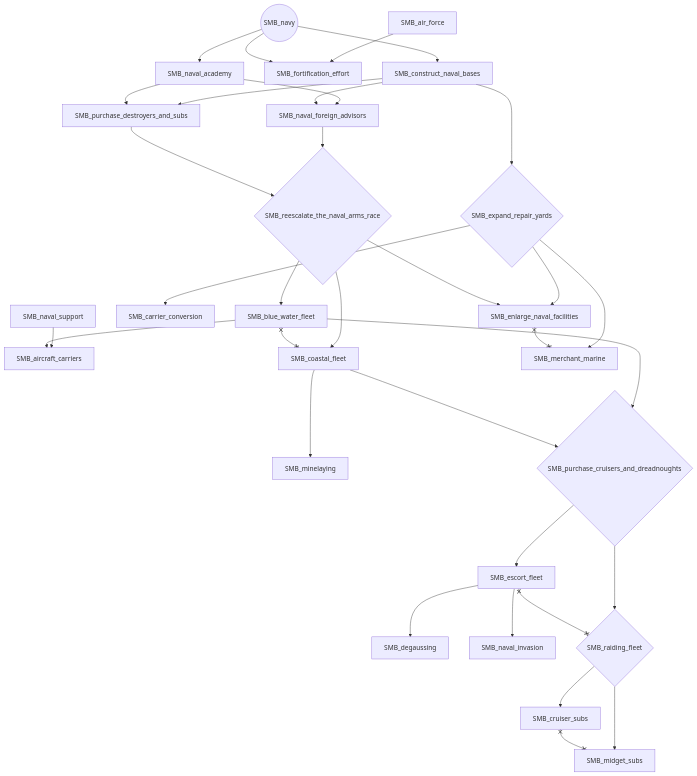
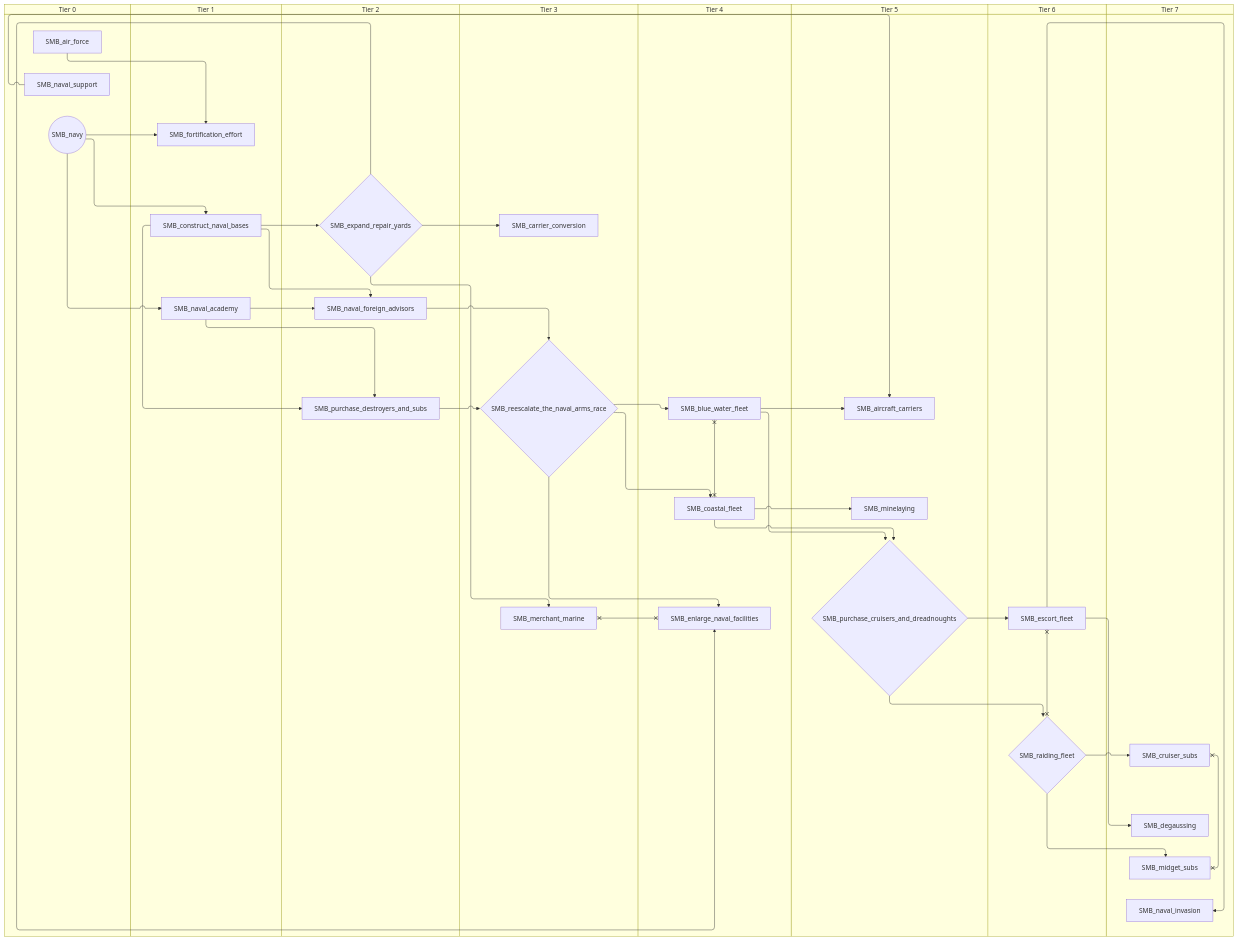
One commit to evgeny-sobol/hoi4-sandbox-mode-r56 changed the third of 3 diagrams in docs/gdd/National Focuses/r56/toa_shared_military_branch.md. Above: the diagram before and after it, drawn with Mermaid. The commit also changed other lines of this file and 423 other files, not shown here.

First line of the commit message:
Re-export Rt56 focus trees as swimlane diagrams

````diff
--- a/docs/gdd/National Focuses/r56/toa_shared_military_branch.md
+++ b/docs/gdd/National Focuses/r56/toa_shared_military_branch.md
@@ -191,59 +225,75 @@
 ```mermaid
-flowchart TD
-    n4["SMB_air_force"]
-    n7["SMB_aircraft_carriers"]
-    n11["SMB_blue_water_fleet"]
-    n59["SMB_carrier_conversion"]
-    n60["SMB_coastal_fleet"]
-    n61["SMB_construct_naval_bases"]
-    n62["SMB_cruiser_subs"]
-    n63["SMB_degaussing"]
-    n64["SMB_enlarge_naval_facilities"]
-    n65["SMB_escort_fleet"]
-    n66{"SMB_expand_repair_yards"}
-    n17["SMB_fortification_effort"]
-    n67["SMB_merchant_marine"]
-    n68["SMB_midget_subs"]
-    n69["SMB_minelaying"]
-    n70["SMB_naval_academy"]
-    n71["SMB_naval_foreign_advisors"]
-    n72["SMB_naval_invasion"]
-    n20["SMB_naval_support"]
-    n21(("SMB_navy"))
-    n73{"SMB_purchase_cruisers_and_dreadnoughts"}
-    n74["SMB_purchase_destroyers_and_subs"]
-    n75{"SMB_raiding_fleet"}
-    n76{"SMB_reescalate_the_naval_arms_race"}
-    n20 --> n7
-    n11 --> n7
-    n76 --> n11
-    n66 --> n59
-    n76 --> n60
-    n21 --> n61
-    n75 --> n62
-    n65 --> n63
-    n66 --> n64
-    n76 --> n64
-    n73 --> n65
-    n61 --> n66
-    n4 --> n17
-    n21 --> n17
+swimlane-beta TD
+    subgraph tier_0["Tier 0"]
+        n1["SMB_air_force"]
+        n22["SMB_naval_support"]
+        n6(("SMB_navy"))
+    end
+    subgraph tier_1["Tier 1"]
+        n59["SMB_construct_naval_bases"]
+        n10["SMB_fortification_effort"]
+        n60["SMB_naval_academy"]
+    end
+    subgraph tier_2["Tier 2"]
+        n61{"SMB_expand_repair_yards"}
+        n62["SMB_naval_foreign_advisors"]
+        n63["SMB_purchase_destroyers_and_subs"]
+    end
+    subgraph tier_3["Tier 3"]
+        n64["SMB_carrier_conversion"]
+        n65["SMB_merchant_marine"]
+        n66{"SMB_reescalate_the_naval_arms_race"}
+    end
+    subgraph tier_4["Tier 4"]
+        n4["SMB_blue_water_fleet"]
+        n67["SMB_coastal_fleet"]
+        n68["SMB_enlarge_naval_facilities"]
+    end
+    subgraph tier_5["Tier 5"]
+        n28["SMB_aircraft_carriers"]
+        n69["SMB_minelaying"]
+        n70{"SMB_purchase_cruisers_and_dreadnoughts"}
+    end
+    subgraph tier_6["Tier 6"]
+        n71["SMB_escort_fleet"]
+        n72{"SMB_raiding_fleet"}
+    end
+    subgraph tier_7["Tier 7"]
+        n73["SMB_cruiser_subs"]
+        n74["SMB_degaussing"]
+        n75["SMB_midget_subs"]
+        n76["SMB_naval_invasion"]
+    end
+    n22 --> n28
+    n4 --> n28
+    n66 --> n4
+    n61 --> n64
     n66 --> n67
-    n75 --> n68
-    n60 --> n69
-    n21 --> n70
+    n6 --> n59
+    n72 --> n73
+    n71 --> n74
+    n61 --> n68
+    n66 --> n68
     n70 --> n71
-    n61 --> n71
-    n65 --> n72
-    n11 --> n73
-    n60 --> n73
-    n61 --> n74
-    n70 --> n74
-    n73 --> n75
+    n59 --> n61
+    n1 --> n10
+    n6 --> n10
+    n61 --> n65
+    n72 --> n75
+    n67 --> n69
+    n6 --> n60
+    n60 --> n62
+    n59 --> n62
     n71 --> n76
-    n74 --> n76
-    n11 x--x n60
-    n62 x--x n68
-    n64 x--x n67
-    n65 x--x n75
+    n4 --> n70
+    n67 --> n70
+    n59 --> n63
+    n60 --> n63
+    n70 --> n72
+    n62 --> n66
+    n63 --> n66
+    n4 x--x n67
+    n73 x--x n75
+    n68 x--x n65
+    n71 x--x n72
 ```
````
